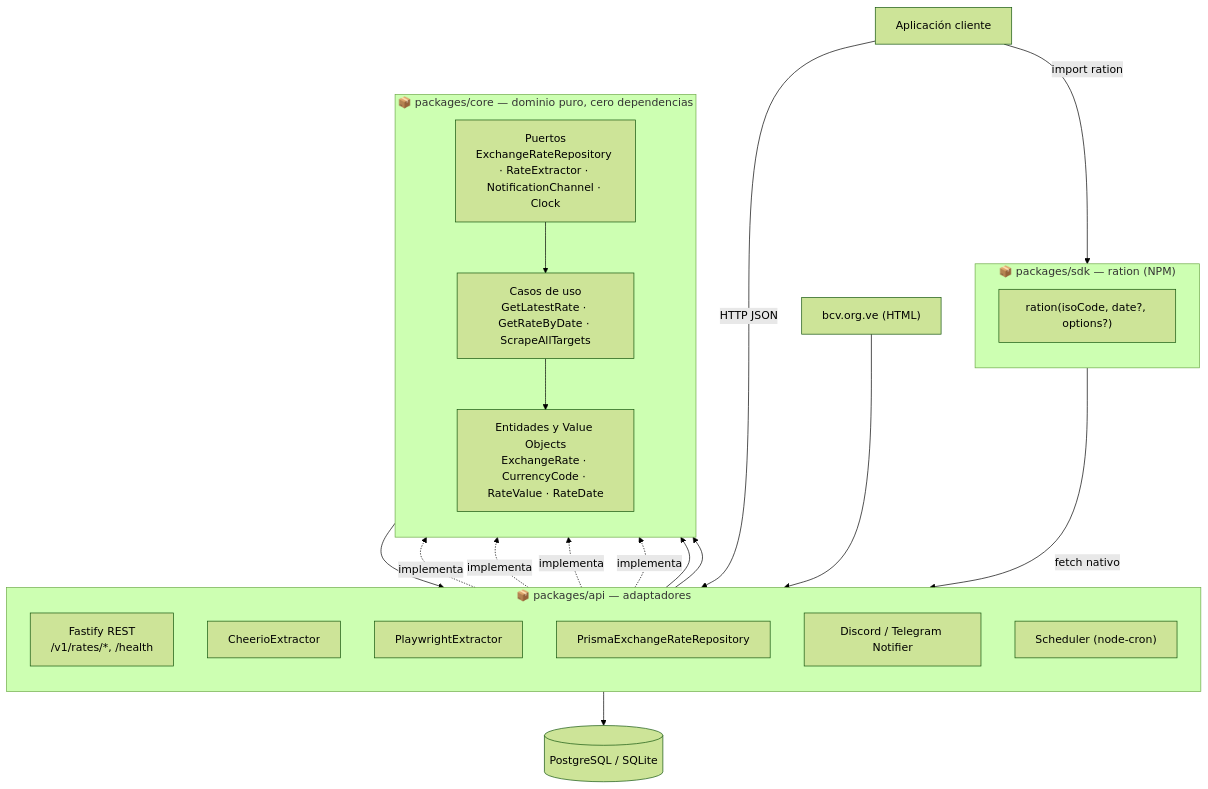
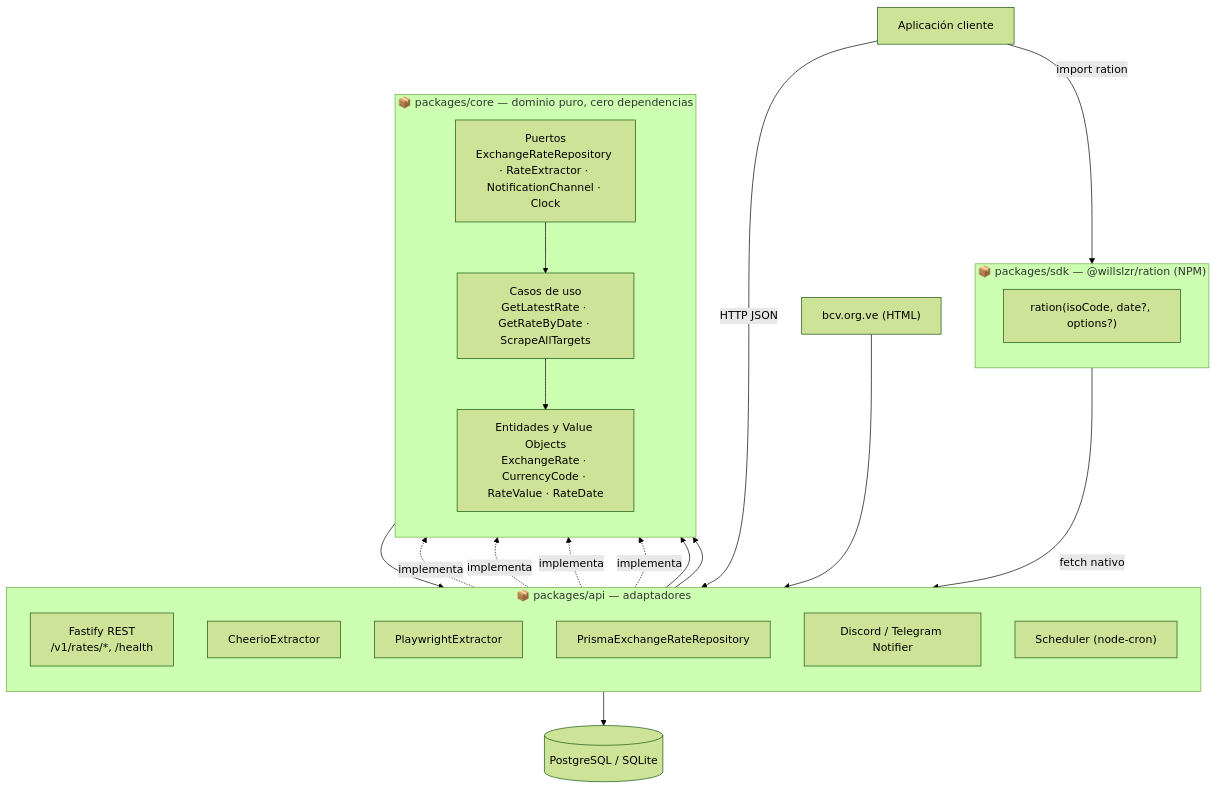
The first of 2 diagrams in README.md (Willslzr/Ration-rate), drawn with Mermaid (forest theme) before and after one commit. The commit also changed other lines of this file and 1 other file, not shown here.

Commit message:
refactor(sdk): rename package to @willslzr/ration

````diff
--- a/README.md
+++ b/README.md
@@ -13,41 +13,41 @@
 ```mermaid
 flowchart TB
-    subgraph SDK["📦 packages/sdk — ration (NPM)"]
+    subgraph SDK["📦 packages/sdk — @willslzr/ration (NPM)"]
         direction TB
         RationFn["ration(isoCode, date?, options?)"]
     end
 
     subgraph API["📦 packages/api — adaptadores"]
         direction TB
         HTTP["Fastify REST<br/>/v1/rates/*, /health"]
         Cheerio["CheerioExtractor"]
         Playwright["PlaywrightExtractor"]
         Repo["PrismaExchangeRateRepository"]
         Notif["Discord / Telegram Notifier"]
         Cron["Scheduler (node-cron)"]
     end
 
     subgraph CORE["📦 packages/core — dominio puro, cero dependencias"]
         direction TB
         Ports["Puertos<br/>ExchangeRateRepository · RateExtractor · NotificationChannel · Clock"]
         UseCases["Casos de uso<br/>GetLatestRate · GetRateByDate · ScrapeAllTargets"]
         Domain["Entidades y Value Objects<br/>ExchangeRate · CurrencyCode · RateValue · RateDate"]
     end
 
     DB[("PostgreSQL / SQLite")]
     Site["bcv.org.ve (HTML)"]
     Consumer["Aplicación cliente"]
 
     Site --> Cheerio
     Cheerio -. implementa .-> Ports
     Playwright -. implementa .-> Ports
     Repo -. implementa .-> Ports
     Notif -. implementa .-> Ports
     Ports --> UseCases --> Domain
     Cron --> UseCases
     UseCases --> Repo --> DB
     HTTP --> UseCases
     Consumer -->|HTTP JSON| HTTP
     RationFn -->|fetch nativo| HTTP
     Consumer -->|import ration| RationFn
 ```
````
